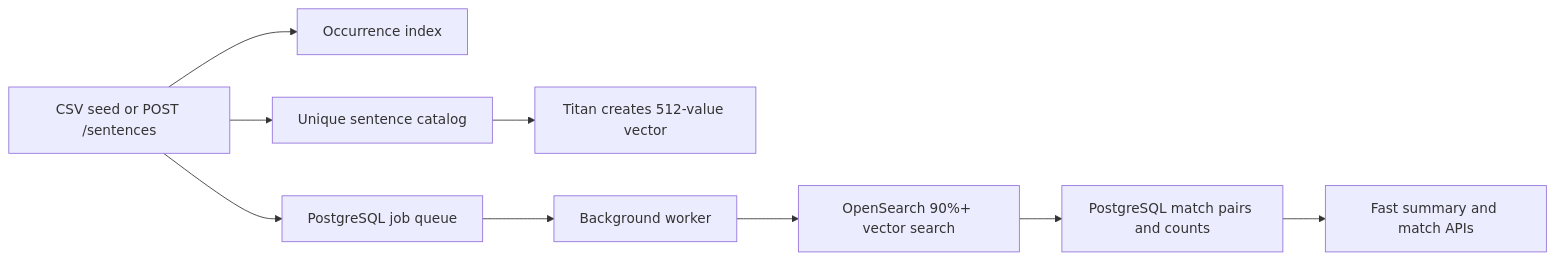
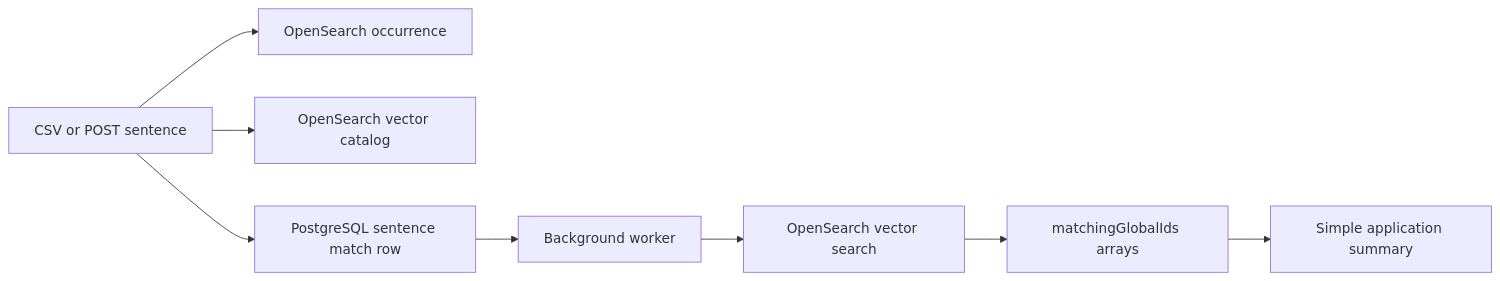
Before and after one commit to anishniroula1/elasticsearch: the diagram in sentence-semantic-search/README.md, drawn with Mermaid. The commit also changed other lines of this file and 17 other files, not shown here.

````diff
--- a/sentence-semantic-search/README.md
+++ b/sentence-semantic-search/README.md
@@ -14,11 +15,10 @@
 ```mermaid
 flowchart LR
-    A[CSV seed or POST /sentences] --> B[Occurrence index]
-    A --> C[Unique sentence catalog]
-    C --> D[Titan creates 512-value vector]
-    A --> E[PostgreSQL job queue]
-    E --> F[Background worker]
-    F --> G[OpenSearch 90%+ vector search]
-    G --> H[PostgreSQL match pairs and counts]
-    H --> I[Fast summary and match APIs]
+    A[CSV or POST sentence] --> B[OpenSearch occurrence]
+    A --> C[OpenSearch vector catalog]
+    A --> D[PostgreSQL sentence match row]
+    D --> E[Background worker]
+    E --> F[OpenSearch vector search]
+    F --> G[matchingGlobalIds arrays]
+    G --> H[Simple application summary]
 ```
````
